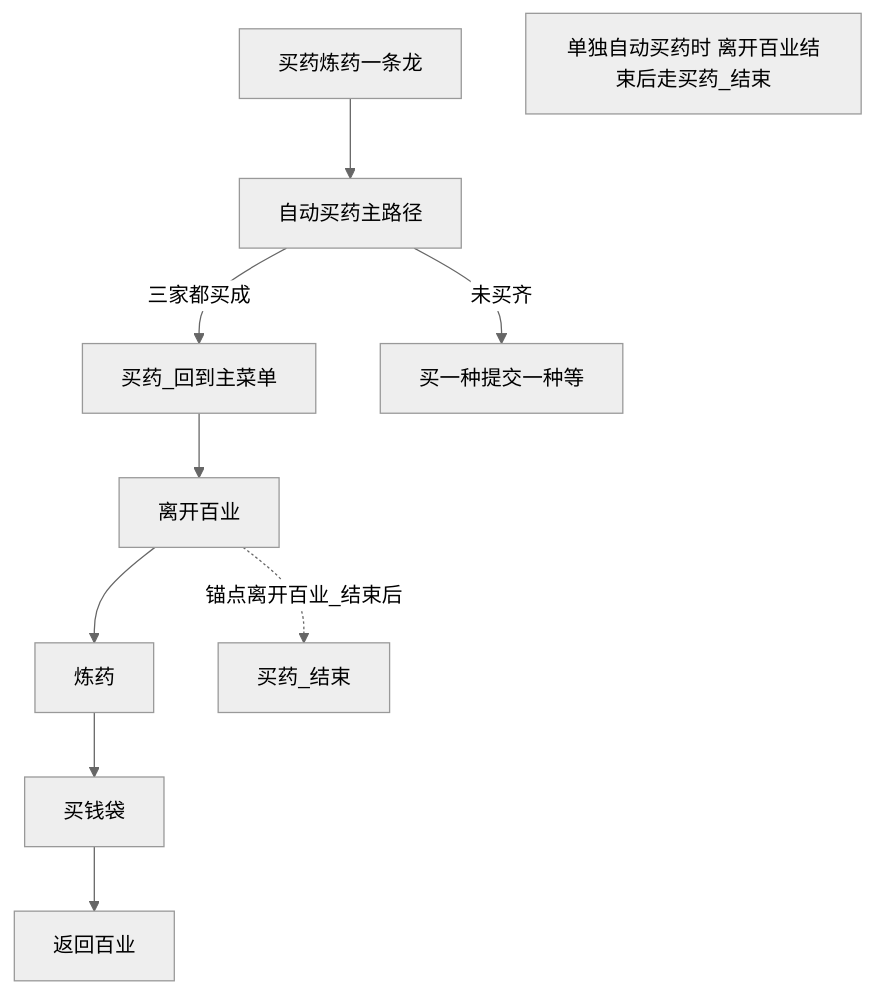
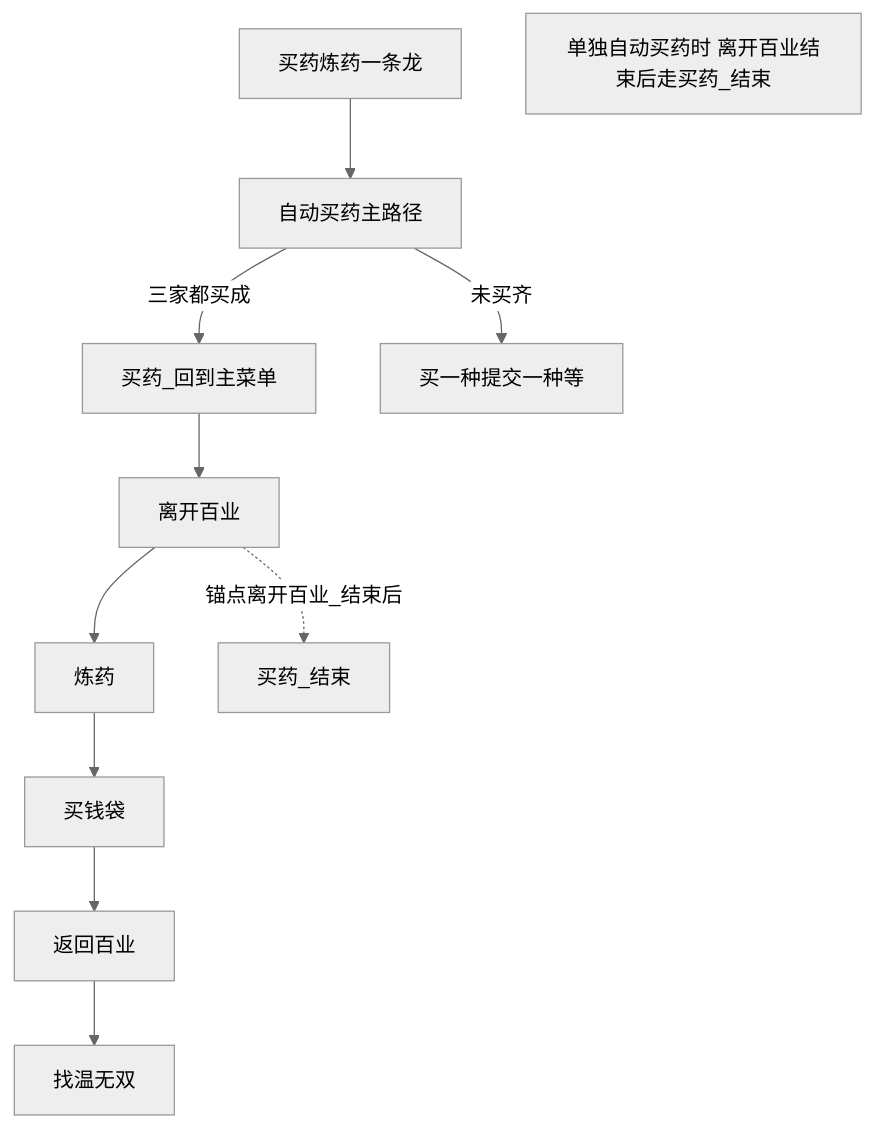
The diagram in docs/zh_cn/买药炼药一条龙.md (82488059/MAAJN), drawn with Mermaid (neutral theme) before and after one commit. The commit also changed other lines of this file and 6 other files, not shown here.

````diff
--- a/docs/zh_cn/买药炼药一条龙.md
+++ b/docs/zh_cn/买药炼药一条龙.md
@@ -18,17 +19,18 @@
 ```mermaid
 flowchart TD
   entry["买药炼药一条龙"]
   buy["自动买药主路径"]
   backMenu["买药_回到主菜单"]
   leave["离开百业"]
   alchemy["炼药"]
   money["买钱袋"]
   backBaiye["返回百业"]
+  find["找温无双"]
   doneBuy["买药_结束"]
   submit["买一种提交一种等"]
   entry --> buy
-  buy -->|三家都买成| backMenu --> leave --> alchemy --> money --> backBaiye
+  buy -->|三家都买成| backMenu --> leave --> alchemy --> money --> backBaiye --> find
   buy -->|未买齐| submit
   note["单独自动买药时 离开百业结束后走买药_结束"]
   leave -.->|锚点离开百业_结束后| doneBuy
 ```
````
